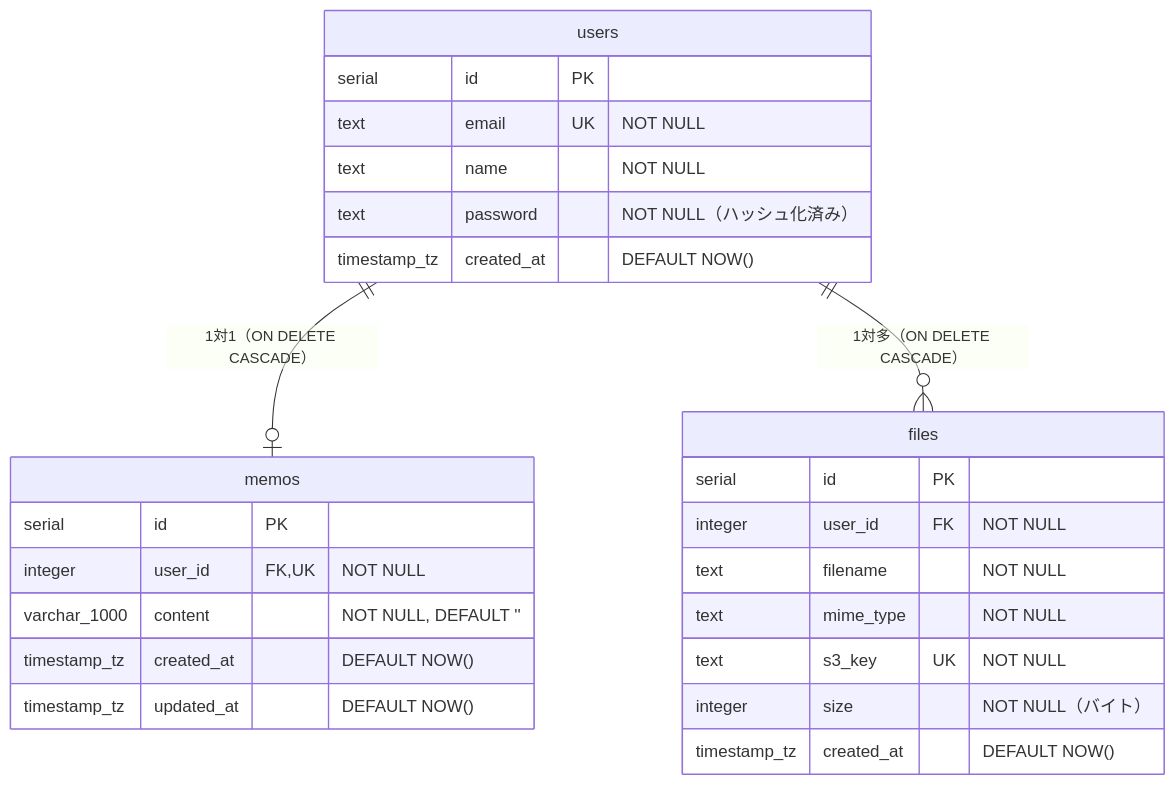
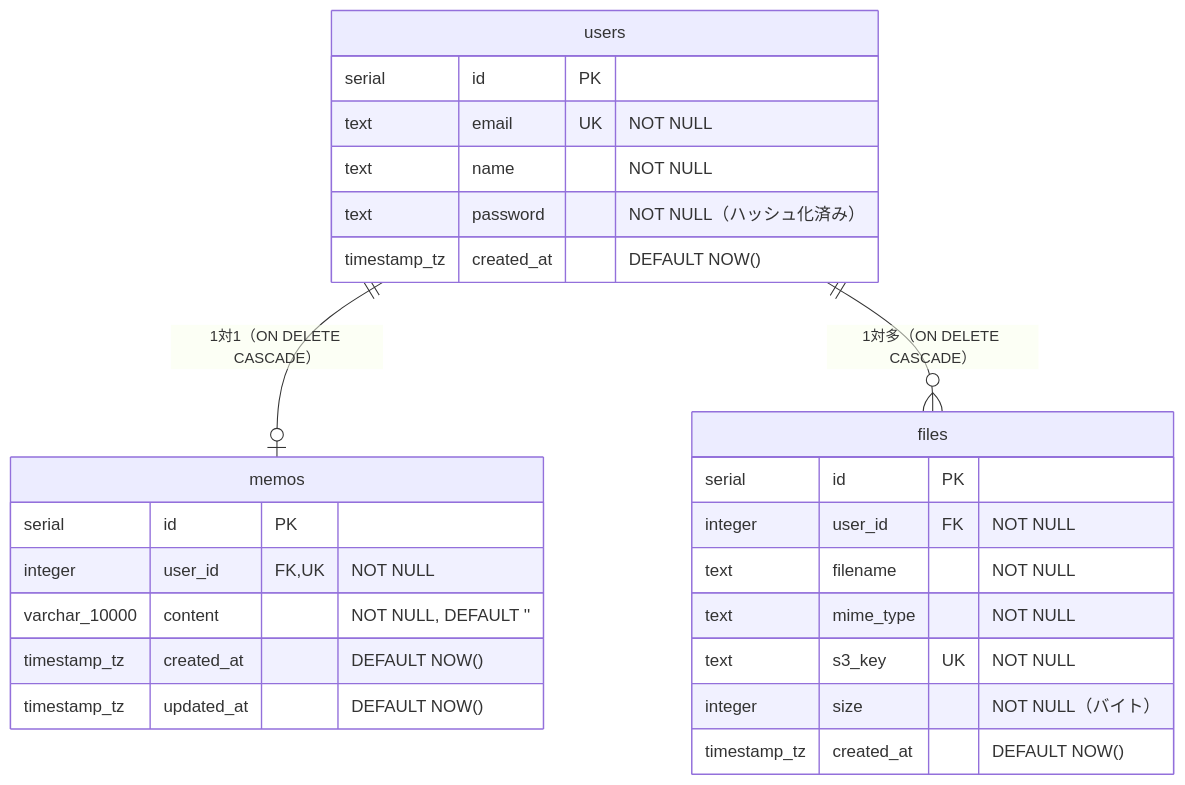
Before and after one commit to aoto-me/toolbox-app: the diagram in docs/specs/db-design.md, drawn with Mermaid. The commit also changed other lines of this file and 11 other files, not shown here.

````diff
--- a/docs/specs/db-design.md
+++ b/docs/specs/db-design.md
@@ -5,29 +5,29 @@
 ```mermaid
 erDiagram
   users {
     serial id PK
     text email UK "NOT NULL"
     text name "NOT NULL"
     text password "NOT NULL（ハッシュ化済み）"
     timestamp_tz created_at "DEFAULT NOW()"
   }
   memos {
     serial id PK
     integer user_id FK,UK "NOT NULL"
-    varchar_1000 content "NOT NULL, DEFAULT ''"
+    varchar_10000 content "NOT NULL, DEFAULT ''"
     timestamp_tz created_at "DEFAULT NOW()"
     timestamp_tz updated_at "DEFAULT NOW()"
   }
   files {
     serial id PK
     integer user_id FK "NOT NULL"
     text filename "NOT NULL"
     text mime_type "NOT NULL"
     text s3_key UK "NOT NULL"
     integer size "NOT NULL（バイト）"
     timestamp_tz created_at "DEFAULT NOW()"
   }
 
   users ||--o| memos : "1対1（ON DELETE CASCADE）"
   users ||--o{ files : "1対多（ON DELETE CASCADE）"
 ```
````
